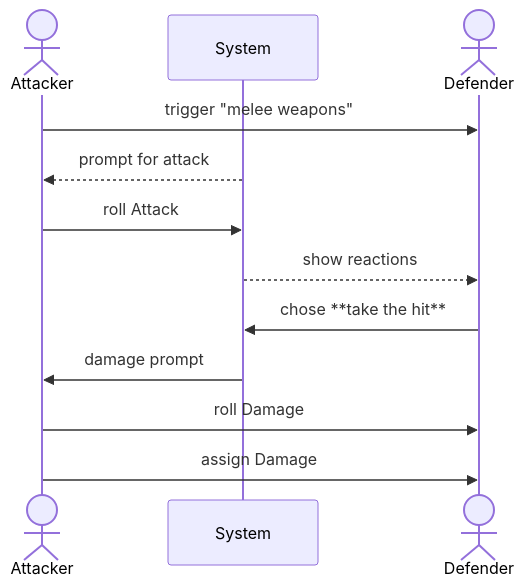
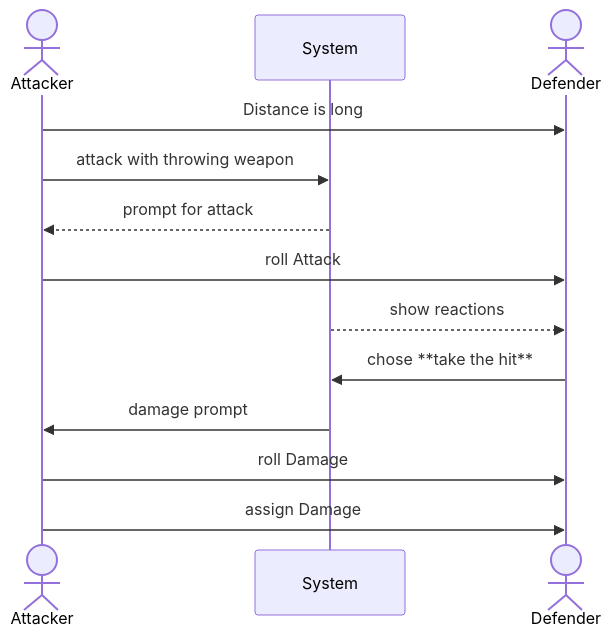
Before and after one commit to patrickmohrmann/earthdawn4eV2: the diagram in documentation/user-journeys/throwing-combat-long-range.md, drawn with Mermaid. The commit also changed other lines of this file and 11 other files, not shown here.

````diff
--- a/documentation/user-journeys/throwing-combat-long-range.md
+++ b/documentation/user-journeys/throwing-combat-long-range.md
@@ -20,16 +20,16 @@
 ```mermaid
-
 sequenceDiagram
 actor Attacker
 participant System
 actor Defender
 
-Attacker ->> Defender: trigger "melee weapons"
+Attacker ->> Defender: Distance is long
+Attacker ->> System: attack with throwing weapon
 System -->> Attacker: prompt for attack
-Attacker ->> System: roll Attack
+Attacker ->> Defender: roll Attack
 System -->> Defender: show reactions
 Defender ->> System: chose **take the hit**
 System ->> Attacker: damage prompt
 Attacker ->> Defender: roll Damage
 Attacker ->> Defender: assign Damage
 ```
````
